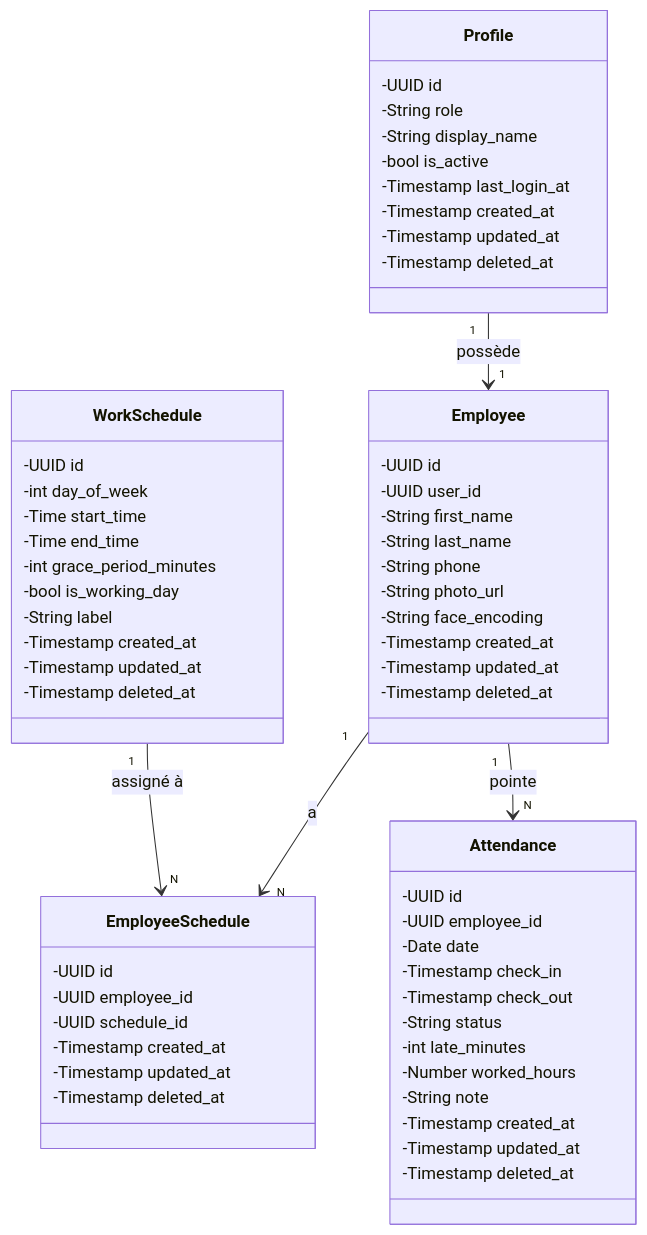
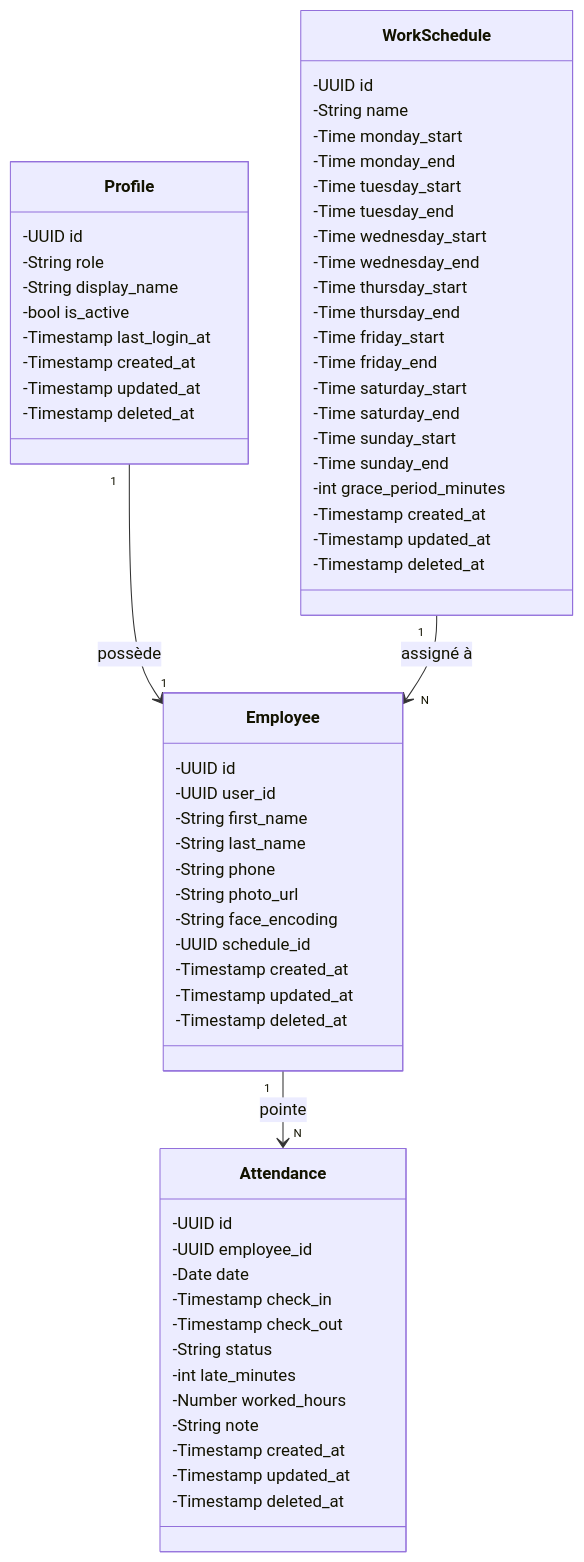
One commit to Abdurrahmane06/face-attendance-system changed the first of 2 diagrams in data_base/structure-bd.md. Above: the diagram before and after it, drawn with Mermaid. The commit also changed other lines of this file and 3 other files, not shown here.

````diff
--- a/data_base/structure-bd.md
+++ b/data_base/structure-bd.md
@@ -134,68 +129,69 @@
 ```mermaid
 classDiagram
     class Profile {
         -UUID id
         -String role
         -String display_name
         -bool is_active
         -Timestamp last_login_at
         -Timestamp created_at
         -Timestamp updated_at
         -Timestamp deleted_at
     }
 
     class Employee {
         -UUID id
         -UUID user_id
         -String first_name
         -String last_name
         -String phone
         -String photo_url
         -String face_encoding
+        -UUID schedule_id
         -Timestamp created_at
         -Timestamp updated_at
         -Timestamp deleted_at
     }
 
     class WorkSchedule {
         -UUID id
-        -int day_of_week
-        -Time start_time
-        -Time end_time
+        -String name
+        -Time monday_start
+        -Time monday_end
+        -Time tuesday_start
+        -Time tuesday_end
+        -Time wednesday_start
+        -Time wednesday_end
+        -Time thursday_start
+        -Time thursday_end
+        -Time friday_start
+        -Time friday_end
+        -Time saturday_start
+        -Time saturday_end
+        -Time sunday_start
+        -Time sunday_end
         -int grace_period_minutes
-        -bool is_working_day
-        -String label
-        -Timestamp created_at
-        -Timestamp updated_at
-        -Timestamp deleted_at
-    }
-
-    class EmployeeSchedule {
-        -UUID id
-        -UUID employee_id
-        -UUID schedule_id
         -Timestamp created_at
         -Timestamp updated_at
         -Timestamp deleted_at
     }
 
     class Attendance {
         -UUID id
         -UUID employee_id
         -Date date
         -Timestamp check_in
         -Timestamp check_out
         -String status
         -int late_minutes
         -Number worked_hours
         -String note
         -Timestamp created_at
         -Timestamp updated_at
         -Timestamp deleted_at
     }
 
     Profile "1" --> "1" Employee : possède
-    Employee "1" --> "N" EmployeeSchedule : a
-    WorkSchedule "1" --> "N" EmployeeSchedule : assigné à
+    WorkSchedule "1" --> "N" Employee : assigné à
     Employee "1" --> "N" Attendance : pointe
 ```
````
